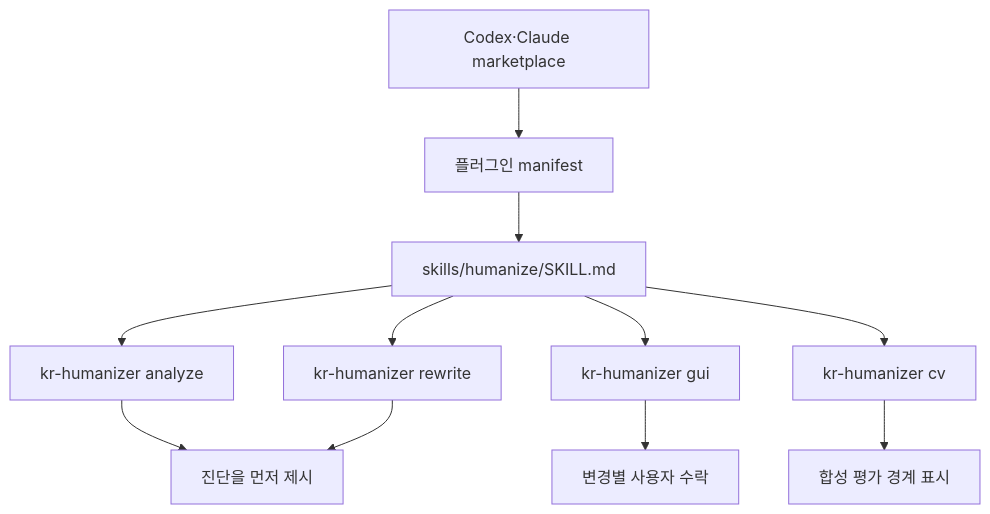
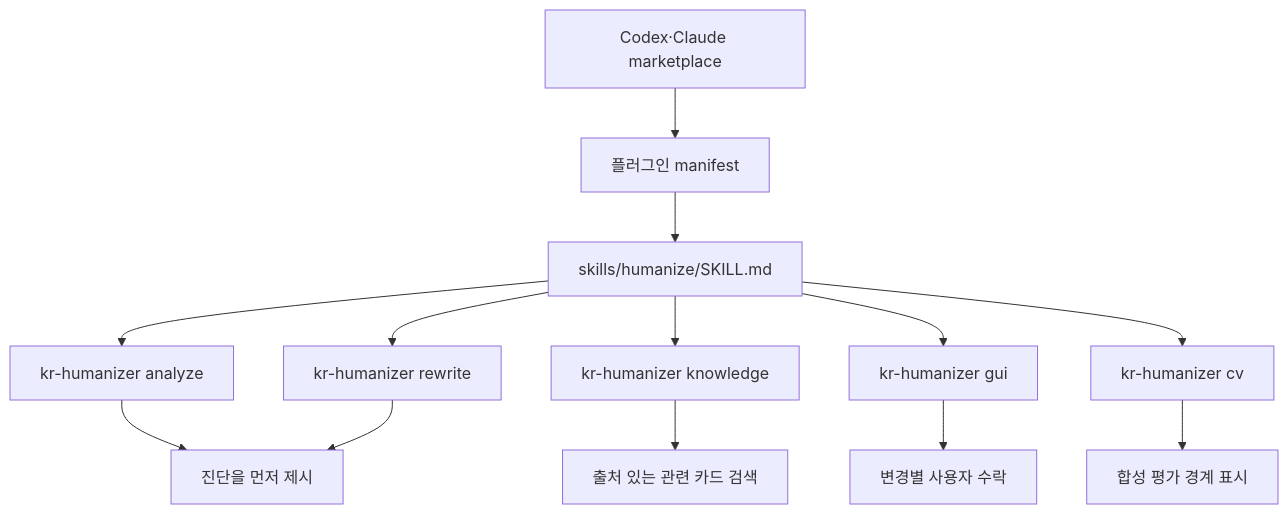
Before and after one commit to kuseumkkrkkr/KR-humanizer: the fifth of 7 diagrams in README.md, drawn with Mermaid. The commit also changed other lines of this file and 31 other files, not shown here.

````diff
--- a/README.md
+++ b/README.md
@@ -261,13 +308,15 @@
 ```mermaid
 flowchart TB
   Marketplace[Codex·Claude marketplace] --> Manifest[플러그인 manifest]
   Manifest --> SharedSkill[skills/humanize/SKILL.md]
   SharedSkill --> AnalyzeCmd[kr-humanizer analyze]
+  SharedSkill --> KnowledgeCmd[kr-humanizer knowledge]
   SharedSkill --> RewriteCmd[kr-humanizer rewrite]
   SharedSkill --> GuiCmd[kr-humanizer gui]
   SharedSkill --> CvCmd[kr-humanizer cv]
   AnalyzeCmd --> ReviewRule[진단을 먼저 제시]
+  KnowledgeCmd --> VaultRule[출처 있는 관련 카드 검색]
   RewriteCmd --> ReviewRule
   GuiCmd --> Approval[변경별 사용자 수락]
   CvCmd --> Synthetic[합성 평가 경계 표시]
 ```
````
